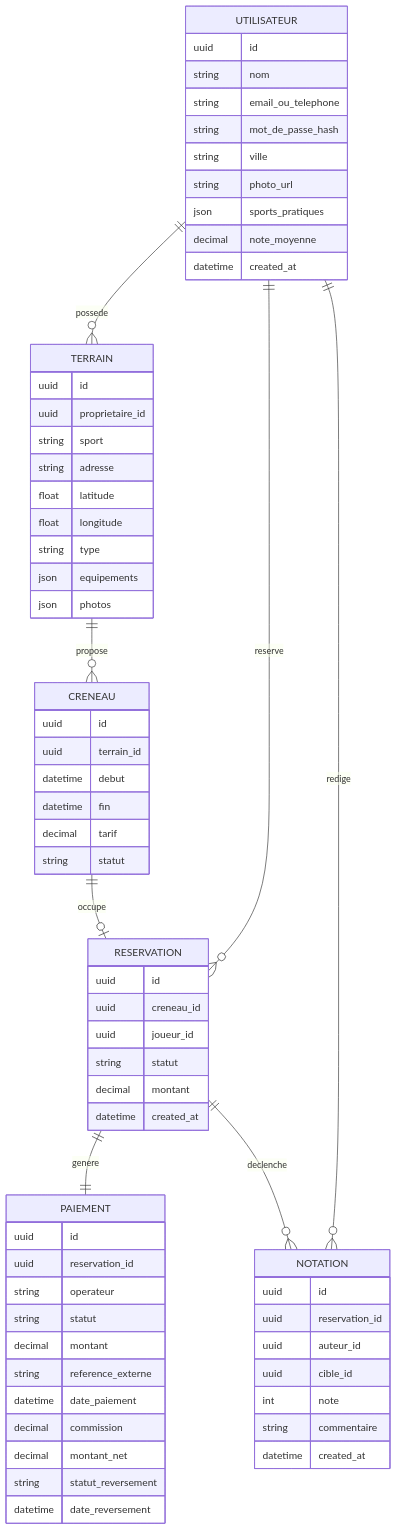
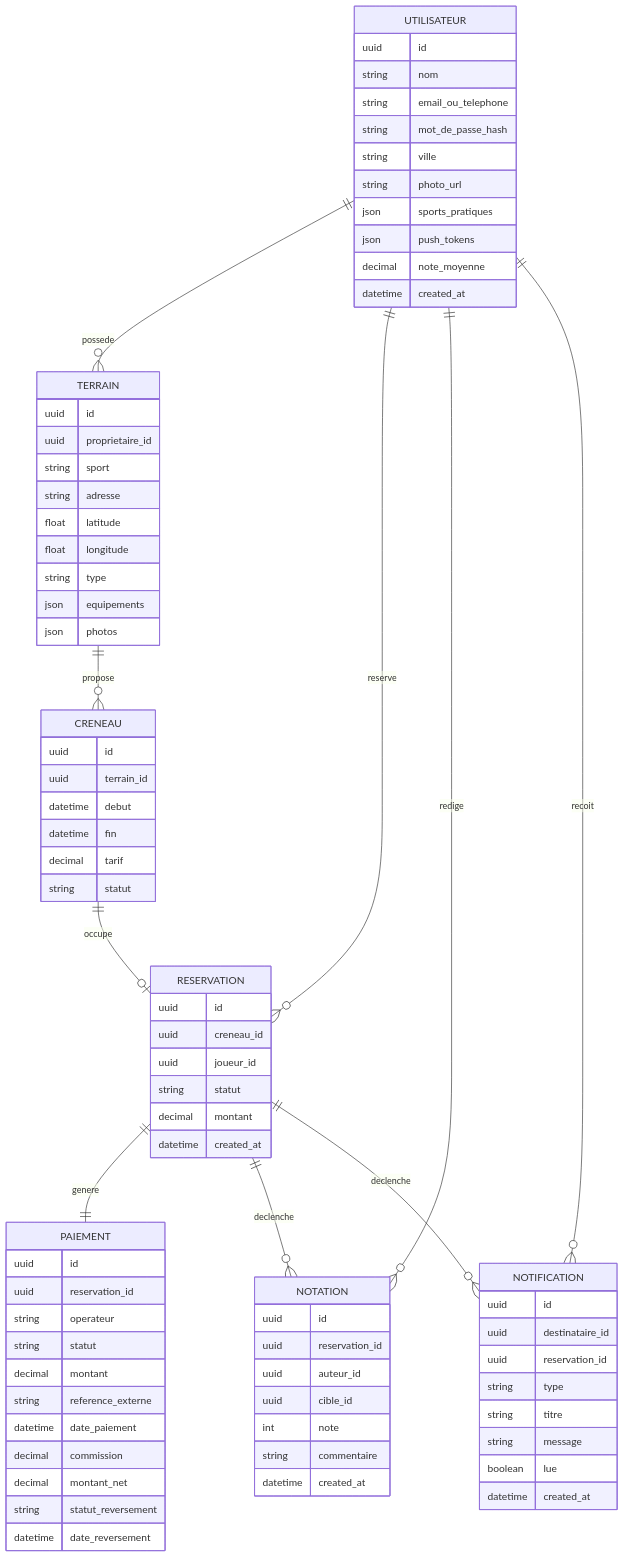
One commit to marakadenlvlb-max/app-reservation-terrains- changed the second of 2 diagrams in architecture.md. Above: the diagram before and after it, drawn with Mermaid. The commit also changed other lines of this file and 35 other files, not shown here.

````diff
--- a/architecture.md
+++ b/architecture.md
@@ -116,6 +116,8 @@
     CRENEAU ||--o| RESERVATION : occupe
     RESERVATION ||--|| PAIEMENT : genere
     RESERVATION ||--o{ NOTATION : declenche
+    UTILISATEUR ||--o{ NOTIFICATION : recoit
+    RESERVATION ||--o{ NOTIFICATION : declenche
 
     UTILISATEUR {
         uuid id
@@ -125,6 +127,7 @@
         string ville
         string photo_url
         json sports_pratiques
+        json push_tokens
         decimal note_moyenne
         datetime created_at
     }
@@ -177,4 +180,14 @@
         string commentaire
         datetime created_at
     }
+    NOTIFICATION {
+        uuid id
+        uuid destinataire_id
+        uuid reservation_id
+        string type
+        string titre
+        string message
+        boolean lue
+        datetime created_at
+    }
 ```
````
